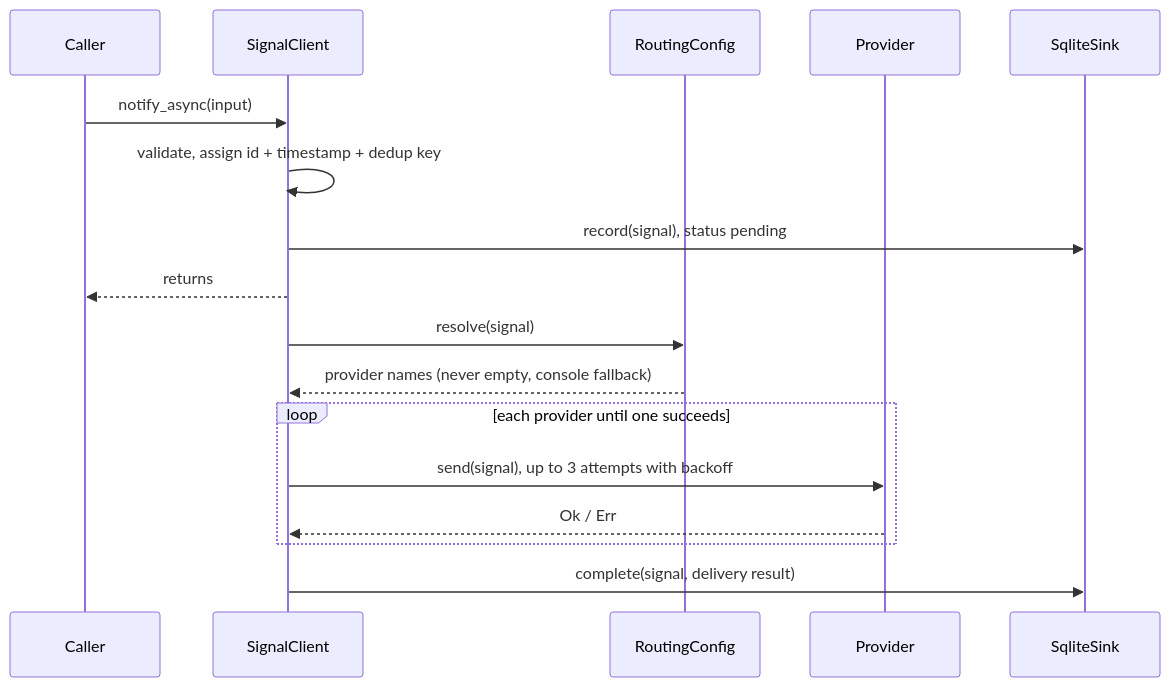
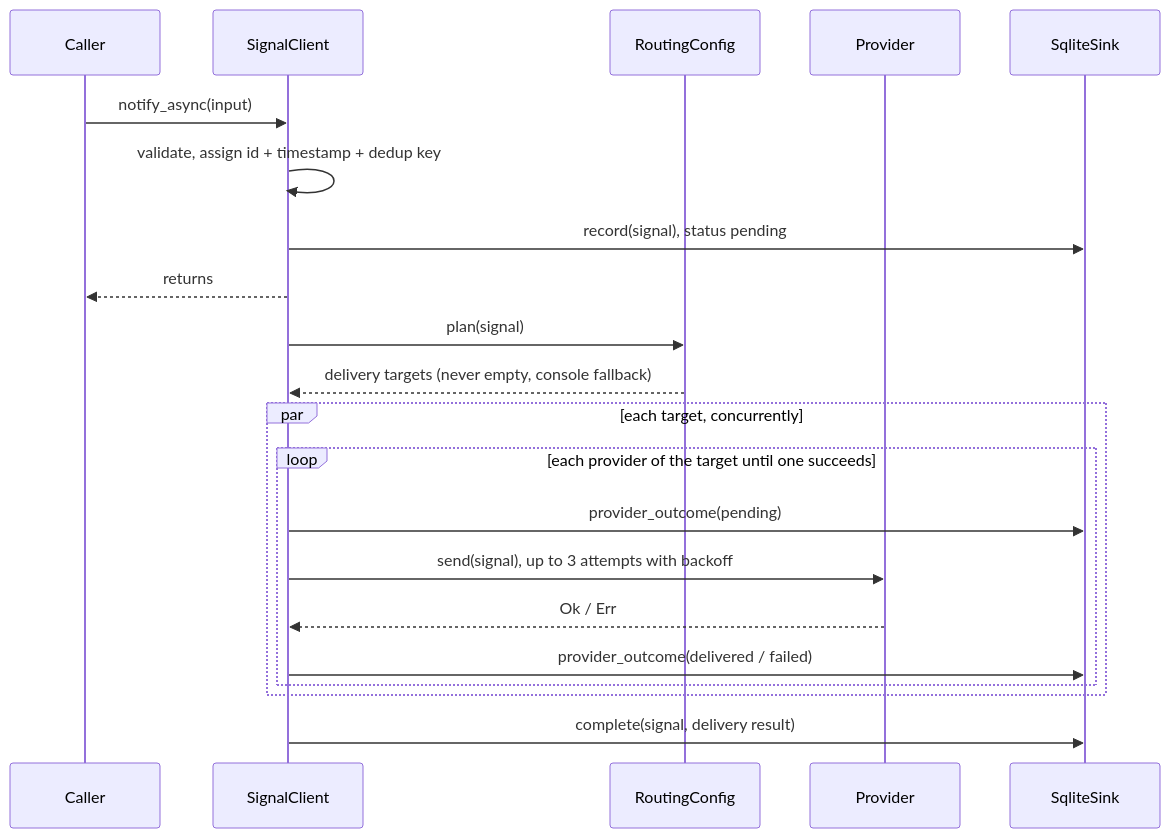
The second of 2 diagrams in docs/ARCHITECTURE.md (adithyapathipaka/OpsSignal), drawn with Mermaid before and after one commit. The commit also changed other lines of this file and 14 other files, not shown here.

````diff
--- a/docs/ARCHITECTURE.md
+++ b/docs/ARCHITECTURE.md
@@ -55,20 +55,24 @@
 ```mermaid
 sequenceDiagram
     participant App as Caller
     participant Client as SignalClient
     participant Router as RoutingConfig
     participant Provider
     participant Sink as SqliteSink
 
     App->>Client: notify_async(input)
     Client->>Client: validate, assign id + timestamp + dedup key
     Client->>Sink: record(signal), status pending
     Client-->>App: returns
-    Client->>Router: resolve(signal)
-    Router-->>Client: provider names (never empty, console fallback)
-    loop each provider until one succeeds
-        Client->>Provider: send(signal), up to 3 attempts with backoff
-        Provider-->>Client: Ok / Err
+    Client->>Router: plan(signal)
+    Router-->>Client: delivery targets (never empty, console fallback)
+    par each target, concurrently
+        loop each provider of the target until one succeeds
+            Client->>Sink: provider_outcome(pending)
+            Client->>Provider: send(signal), up to 3 attempts with backoff
+            Provider-->>Client: Ok / Err
+            Client->>Sink: provider_outcome(delivered / failed)
+        end
     end
     Client->>Sink: complete(signal, delivery result)
 ```
````
